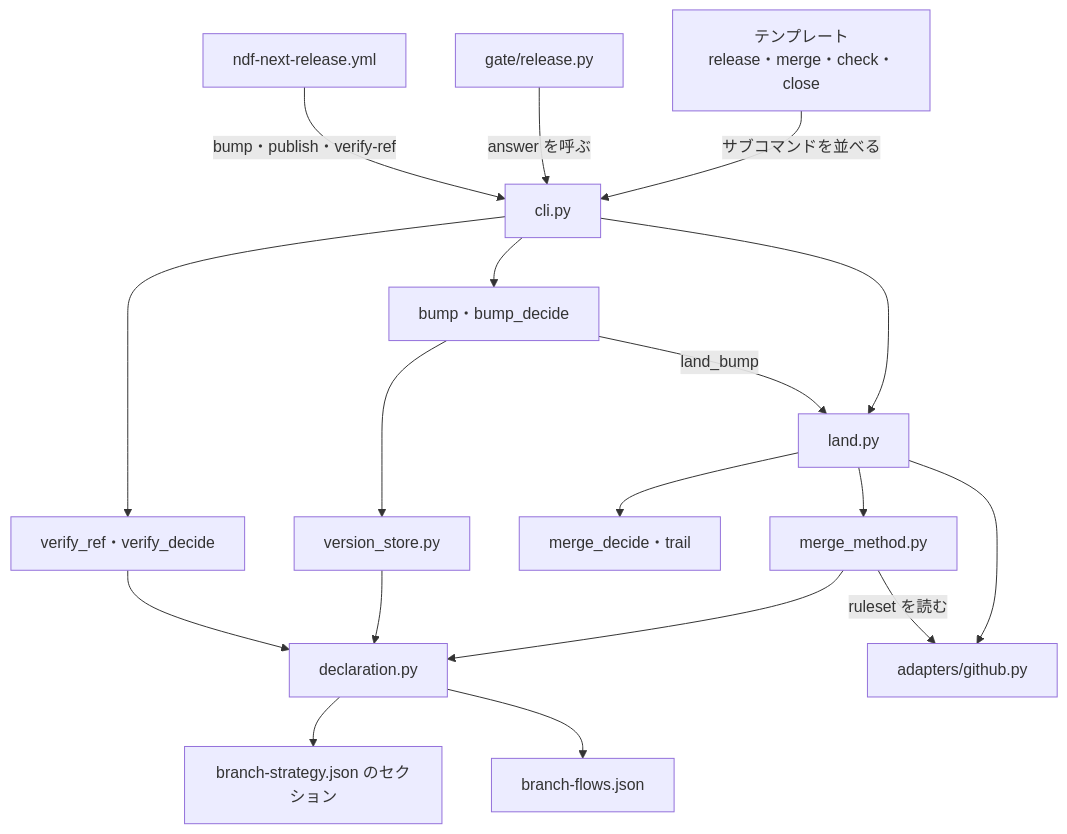
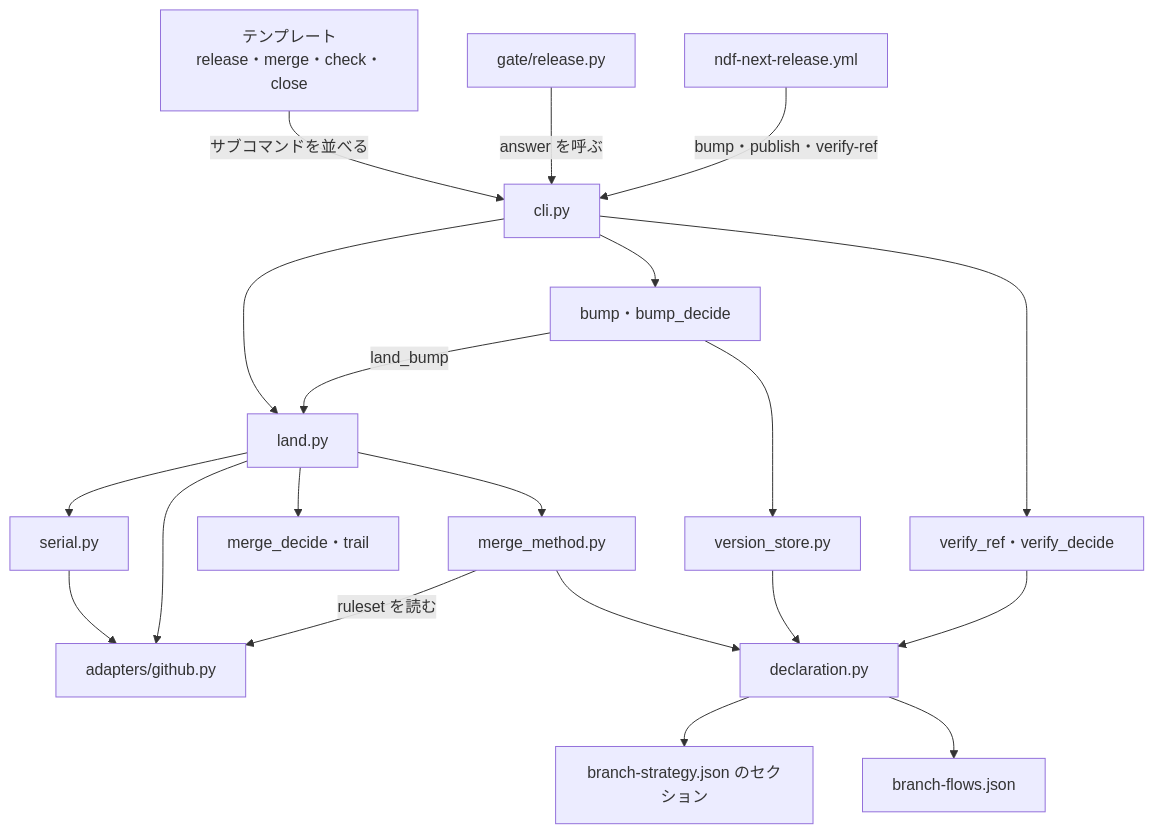
One commit to devbasex/ai-plugins changed the first of 5 diagrams in issues/issue-3572-design.md. Above: the diagram before and after it, drawn with Mermaid. The commit also changed other lines of this file and 4 other files, not shown here.

````diff
--- a/issues/issue-3572-design.md
+++ b/issues/issue-3572-design.md
@@ -302,20 +317,22 @@
 ```mermaid
 graph TD
     TPL[テンプレート<br/>release・merge・check・close] -->|サブコマンドを並べる| C[cli.py]
     G[gate/release.py] -->|answer を呼ぶ| C
     W[ndf-next-release.yml] -->|bump・publish・verify-ref| C
     C --> L[land.py]
     C --> B[bump・bump_decide]
     C --> V[verify_ref・verify_decide]
     L --> MM[merge_method.py]
     L --> MD[merge_decide・trail]
+    L --> SR[serial.py]
+    SR --> GH
     B --> VS[version_store.py]
     B -->|land_bump| L
     MM --> D[declaration.py]
     VS --> D
     V --> D
     D --> S[branch-strategy.json のセクション]
     D --> F[branch-flows.json]
     L --> GH[adapters/github.py]
     MM -->|ruleset を読む| GH
 ```
````
